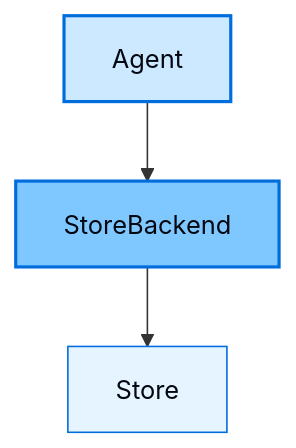
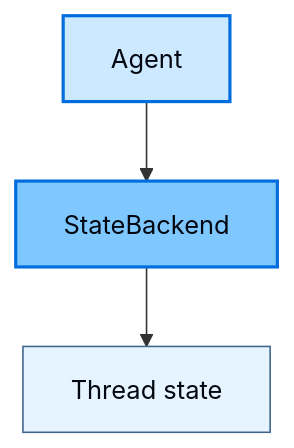
The second of 3 diagrams in thinkific/src/m2/m2.2-filesystem.md (langchain-ai/lca-deepagents), drawn with Mermaid before and after one commit. The commit also changed other lines of this file and 46 other files, not shown here.

```diff
--- a/thinkific/src/m2/m2.2-filesystem.md
+++ b/thinkific/src/m2/m2.2-filesystem.md
@@ -169,13 +107,13 @@
 <div class="mermaid">
 graph TB
-    A1[Agent] --> SB[StoreBackend]
-    SB --> D1[Store]
+    A1[Agent] --> SB[StateBackend]
+    SB --> D1[Thread state]
 
     classDef agent fill:#CCE9FF,stroke:#006DDD,stroke-width:2px,color:#030710
     classDef backend fill:#7FC8FF,stroke:#006DDD,stroke-width:2px,color:#030710
-    classDef store fill:#E5F4FF,stroke:#006DDD,stroke-width:1px,color:#030710
+    classDef store fill:#E5F4FF,stroke:#40668D,stroke-width:1px,color:#030710
 
     class A1 agent
     class SB backend
     class D1 store
 </div>
```
